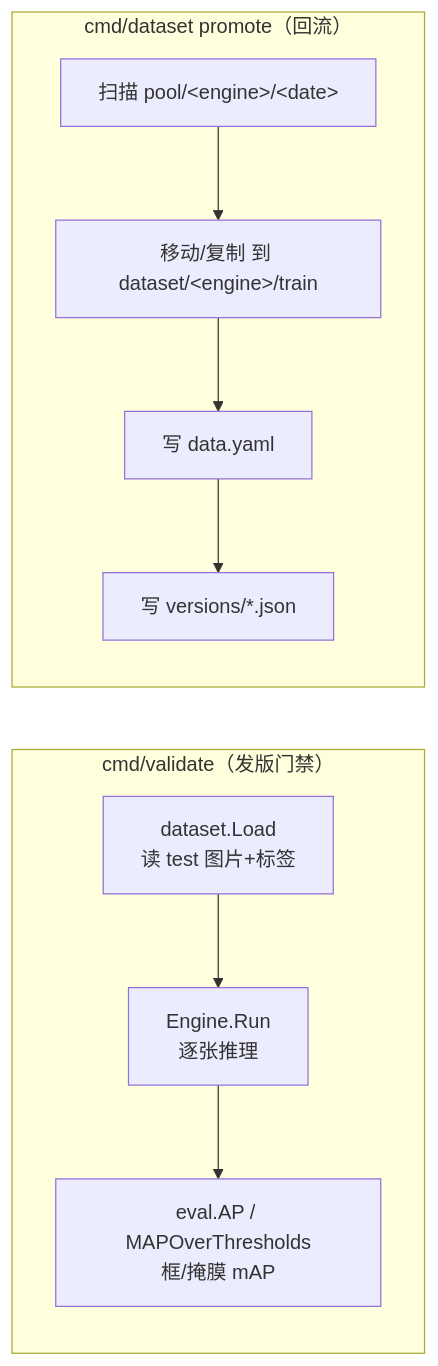
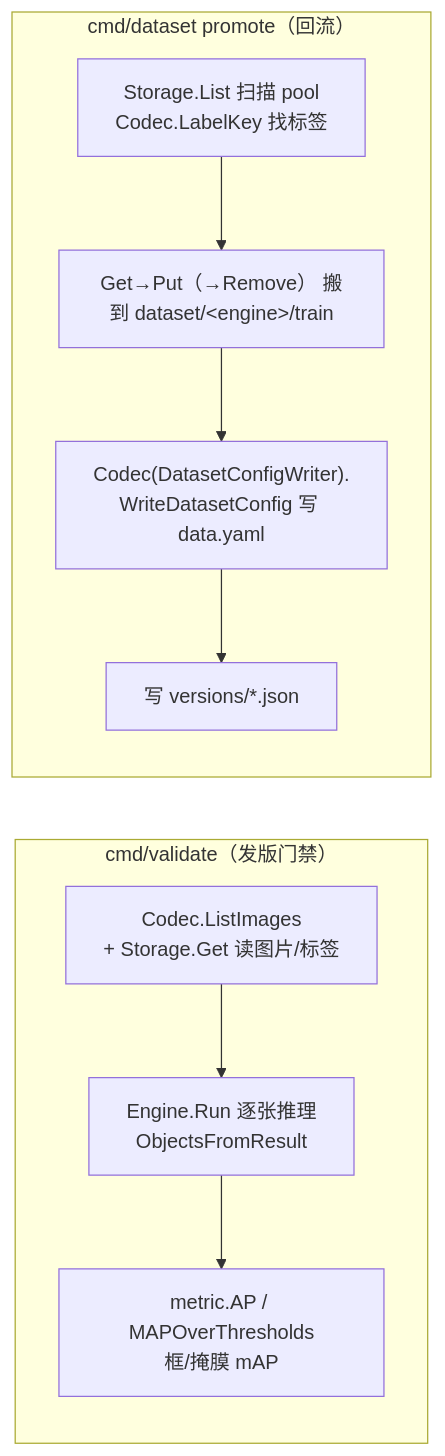
The fifth of 5 diagrams in docs/ARCHITECTURE.md (andaoai/go-infer), drawn with Mermaid before and after one commit. The commit also changed other lines of this file and 26 other files, not shown here.

````diff
--- a/docs/ARCHITECTURE.md
+++ b/docs/ARCHITECTURE.md
@@ -205,16 +225,16 @@
 ```mermaid
 flowchart LR
     subgraph Validate["cmd/validate（发版门禁）"]
-        V1["dataset.Load<br/>读 test 图片+标签"]
-        V2["Engine.Run<br/>逐张推理"]
-        V3["eval.AP / MAPOverThresholds<br/>框/掩膜 mAP"]
+        V1["Codec.ListImages<br/>+ Storage.Get 读图片/标签"]
+        V2["Engine.Run 逐张推理<br/>ObjectsFromResult"]
+        V3["metric.AP / MAPOverThresholds<br/>框/掩膜 mAP"]
         V1 --> V2 --> V3
     end
     subgraph Dataset["cmd/dataset promote（回流）"]
-        D1["扫描 pool/&lt;engine&gt;/&lt;date&gt;"]
-        D2["移动/复制 到 dataset/&lt;engine&gt;/train"]
-        D3["写 data.yaml"]
+        D1["Storage.List 扫描 pool<br/>Codec.LabelKey 找标签"]
+        D2["Get→Put（→Remove） 搬到 dataset/&lt;engine&gt;/train"]
+        D3["Codec(DatasetConfigWriter).<br/>WriteDatasetConfig 写 data.yaml"]
         D4["写 versions/*.json"]
         D1 --> D2 --> D3 --> D4
     end
 ```
````
